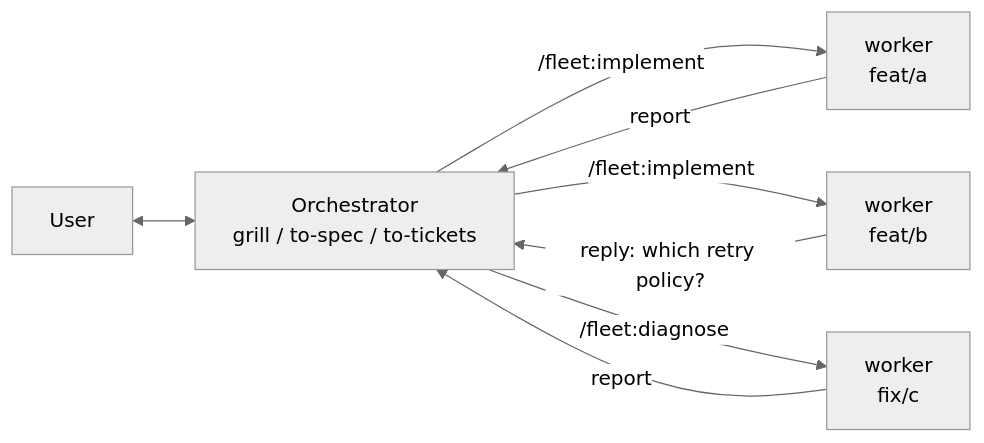
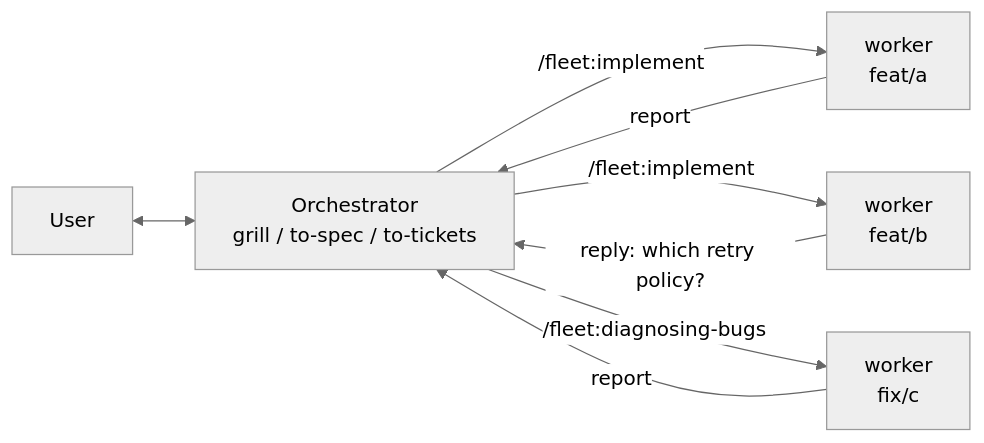
One commit to andyhite/foreman changed the diagram in README.md. Above: the diagram before and after it, drawn with Mermaid (neutral theme). The commit also changed other lines of this file and 5 other files, not shown here.

````diff
--- a/README.md
+++ b/README.md
@@ -37,10 +37,10 @@
 ```mermaid
 graph LR
   U[User] <--> B["Orchestrator<br/>grill / to-spec / to-tickets"]
   B -->|"/fleet:implement"| W1["worker<br/>feat/a"]
   B -->|"/fleet:implement"| W2["worker<br/>feat/b"]
-  B -->|"/fleet:diagnose"| W3["worker<br/>fix/c"]
+  B -->|"/fleet:diagnosing-bugs"| W3["worker<br/>fix/c"]
   W1 -->|report| B
   W2 -->|"reply: which retry policy?"| B
   W3 -->|report| B
 ```
````
